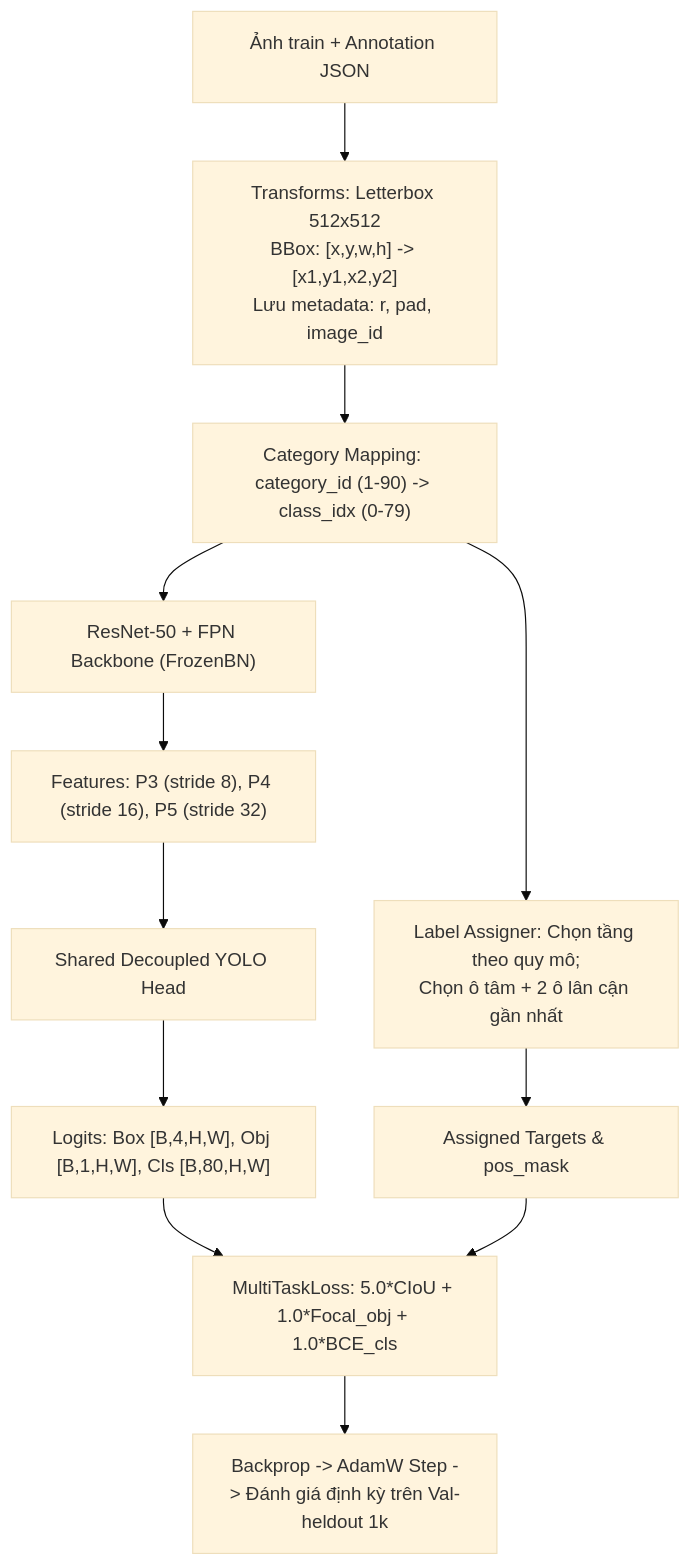
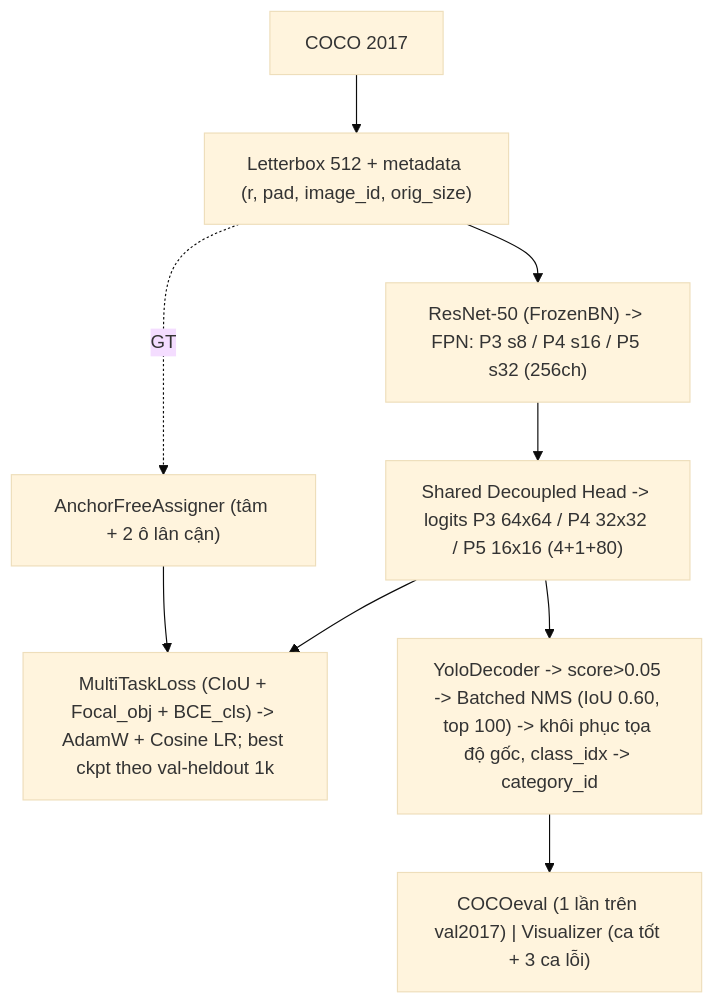
One commit to khanhlinh616/DL_N1_cw changed the diagram in docs/DEFINE_AND_DESIGN.md. Above: the diagram before and after it, drawn with Mermaid (base theme). The commit also changed other lines of this file and 1 other file, not shown here.

````diff
--- a/docs/DEFINE_AND_DESIGN.md
+++ b/docs/DEFINE_AND_DESIGN.md
@@ -482,13 +57,10 @@
 ```mermaid
 flowchart TD
-    A["Ảnh train + Annotation JSON"] --> B["Transforms: Letterbox 512x512<br>BBox: [x,y,w,h] -> [x1,y1,x2,y2]<br>Lưu metadata: r, pad, image_id"]
-    B --> C["Category Mapping: category_id (1-90) -> class_idx (0-79)"]
-    C --> D["ResNet-50 + FPN Backbone (FrozenBN)"]
-    D --> E["Features: P3 (stride 8), P4 (stride 16), P5 (stride 32)"]
-    E --> F["Shared Decoupled YOLO Head"]
-    F --> G["Logits: Box [B,4,H,W], Obj [B,1,H,W], Cls [B,80,H,W]"]
-    C --> H["Label Assigner: Chọn tầng theo quy mô;<br>Chọn ô tâm + 2 ô lân cận gần nhất"]
-    H --> I["Assigned Targets & pos_mask"]
-    G & I --> J["MultiTaskLoss: 5.0*CIoU + 1.0*Focal_obj + 1.0*BCE_cls"]
-    J --> K["Backprop -> AdamW Step -> Đánh giá định kỳ trên Val-heldout 1k"]
+    A["COCO 2017"] --> B["Letterbox 512 + metadata (r, pad, image_id, orig_size)"]
+    B --> C["ResNet-50 (FrozenBN) -> FPN: P3 s8 / P4 s16 / P5 s32 (256ch)"]
+    C --> F["Shared Decoupled Head -> logits P3 64x64 / P4 32x32 / P5 16x16 (4+1+80)"]
+    B -.->|GT| H["AnchorFreeAssigner (tâm + 2 ô lân cận)"]
+    F & H --> J["MultiTaskLoss (CIoU + Focal_obj + BCE_cls) -> AdamW + Cosine LR; best ckpt theo val-heldout 1k"]
+    F --> L["YoloDecoder -> score>0.05 -> Batched NMS (IoU 0.60, top 100) -> khôi phục tọa độ gốc, class_idx -> category_id"]
+    L --> O["COCOeval (1 lần trên val2017) | Visualizer (ca tốt + 3 ca lỗi)"]
 ```
````
